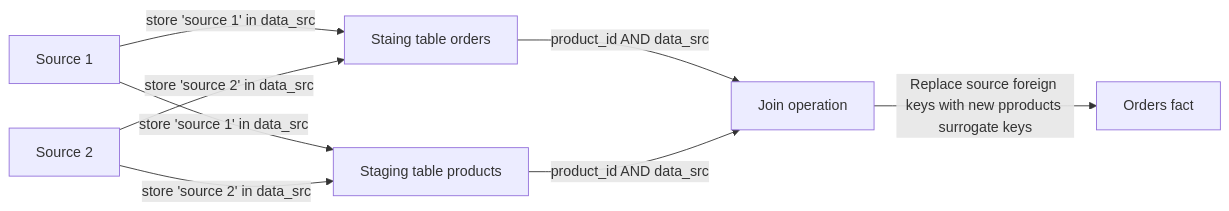
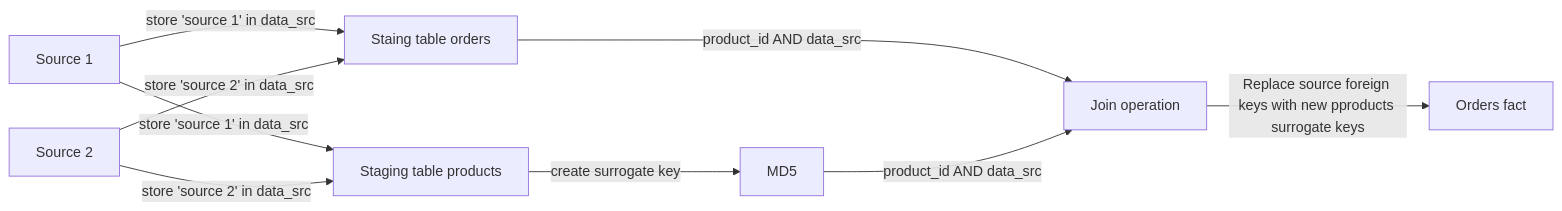
The first of 2 diagrams in README.md (ahmadMuhammadGd/northwind-dbt), drawn with Mermaid before and after one commit.

````diff
--- a/README.md
+++ b/README.md
@@ -12,23 +12,25 @@
 ``` mermaid
 flowchart LR;
 A[Source 1]
 B[Source 2]
 C[Staing table orders]
 D[Join operation]
 F[Orders fact]
 G[Staging table products]
 
 A -- "store 'source 1' in data_src" --> C
 B -- "store 'source 2' in data_src" --> C
 
 A -- "store 'source 1' in data_src" --> G
 B -- "store 'source 2' in data_src" --> G
 
+G -- "create surrogate key" --> Gs[MD5]
+
 
 C -- "product_id AND data_src" --> D
-G -- "product_id AND data_src" --> D
+Gs -- "product_id AND data_src" --> D
 
 
 D --"Replace source foreign keys with new pproducts surrogate keys"--> F
 
 ```
````
